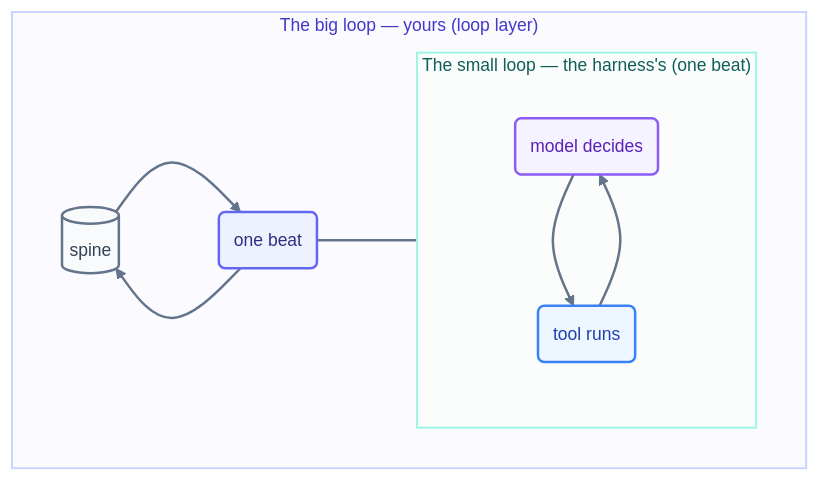
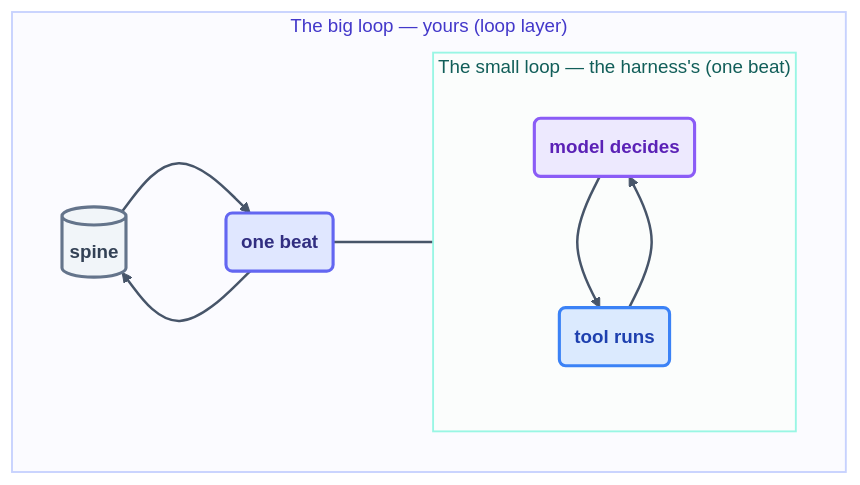
One commit to ayeshakhalid192007-dev/LoopEngineering-CrashCourse changed the diagram in docs/03-part-1-the-shift/02-the-four-layers.md. Above: the diagram before and after it, drawn with Mermaid. The commit also changed 66 other files, not shown here.

First line of the commit message:
docs(diagrams): visibly bolder pass — deeper fills, heavier strokes, semibold labels

````diff
--- a/docs/03-part-1-the-shift/02-the-four-layers.md
+++ b/docs/03-part-1-the-shift/02-the-four-layers.md
@@ -49,19 +49,19 @@
 ```mermaid
-%%{init: {'theme':'base','themeVariables':{'fontFamily':'ui-sans-serif, system-ui, sans-serif','fontSize':'14px','lineColor':'#64748b','edgeLabelBackground':'#f8fafc'},'flowchart':{'curve':'basis','nodeSpacing':45,'rankSpacing':55,'padding':12}}}%%
+%%{init: {'theme':'base','themeVariables':{'fontFamily':'ui-sans-serif, system-ui, sans-serif','fontSize':'15px','lineColor':'#475569','edgeLabelBackground':'#f8fafc'},'flowchart':{'curve':'basis','nodeSpacing':45,'rankSpacing':55,'padding':12}}}%%
 flowchart TB
     subgraph BIG ["The big loop — yours (loop layer)"]
       SP[("spine")]:::file --> BEAT("one beat"):::beat
       BEAT --> SP
       subgraph SMALL ["The small loop — the harness's (one beat)"]
         M("model decides"):::agent --> T("tool runs"):::cfg --> M
       end
       BEAT --- SMALL
     end
-    linkStyle default stroke:#64748b,stroke-width:2px;
-    classDef file fill:#f8fafc,stroke:#64748b,stroke-width:2px,color:#334155;
-    classDef beat fill:#eef2ff,stroke:#6366f1,stroke-width:2px,color:#312e81;
-    classDef agent fill:#f5f3ff,stroke:#8b5cf6,stroke-width:2px,color:#5b21b6;
-    classDef cfg fill:#eef6ff,stroke:#3b82f6,stroke-width:2px,color:#1e40af;
+    linkStyle default stroke:#475569,stroke-width:2px;
+    classDef file fill:#f1f5f9,stroke:#64748b,stroke-width:2.5px,color:#334155,font-weight:600;
+    classDef beat fill:#e0e7ff,stroke:#6366f1,stroke-width:2.5px,color:#312e81,font-weight:600;
+    classDef agent fill:#ede9fe,stroke:#8b5cf6,stroke-width:2.5px,color:#5b21b6,font-weight:600;
+    classDef cfg fill:#dbeafe,stroke:#3b82f6,stroke-width:2.5px,color:#1e40af,font-weight:600;
     style BIG fill:#fbfbff,stroke:#c7d2fe,stroke-width:1.5px,color:#4338ca;
     style SMALL fill:#fbfdfc,stroke:#99f6e4,stroke-width:1.5px,color:#115e59;
 ```
````
